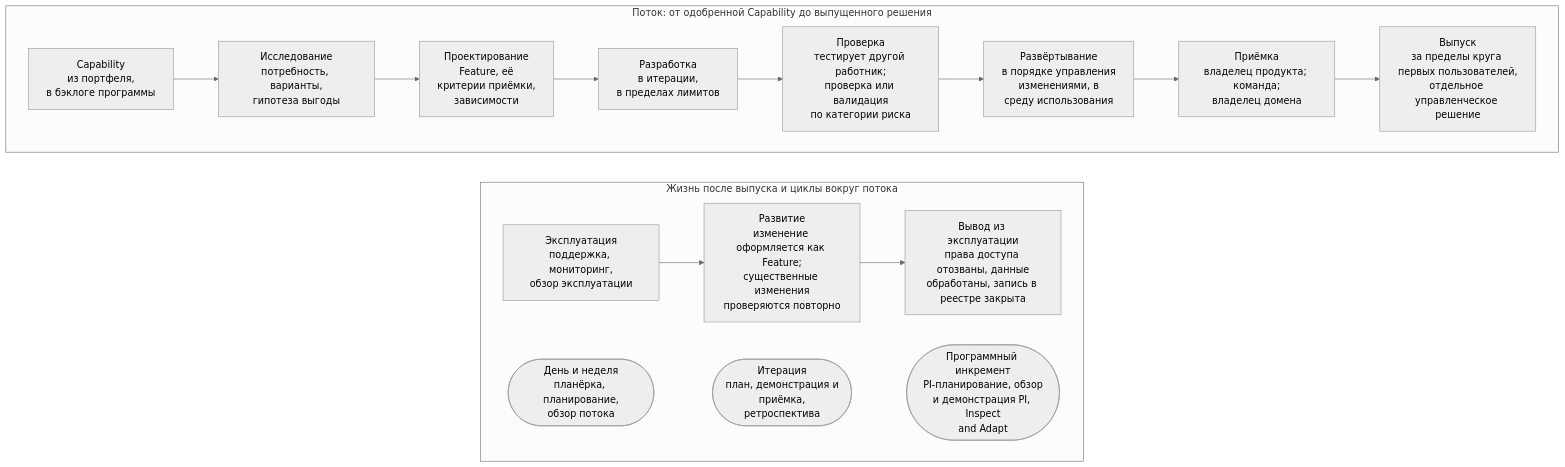
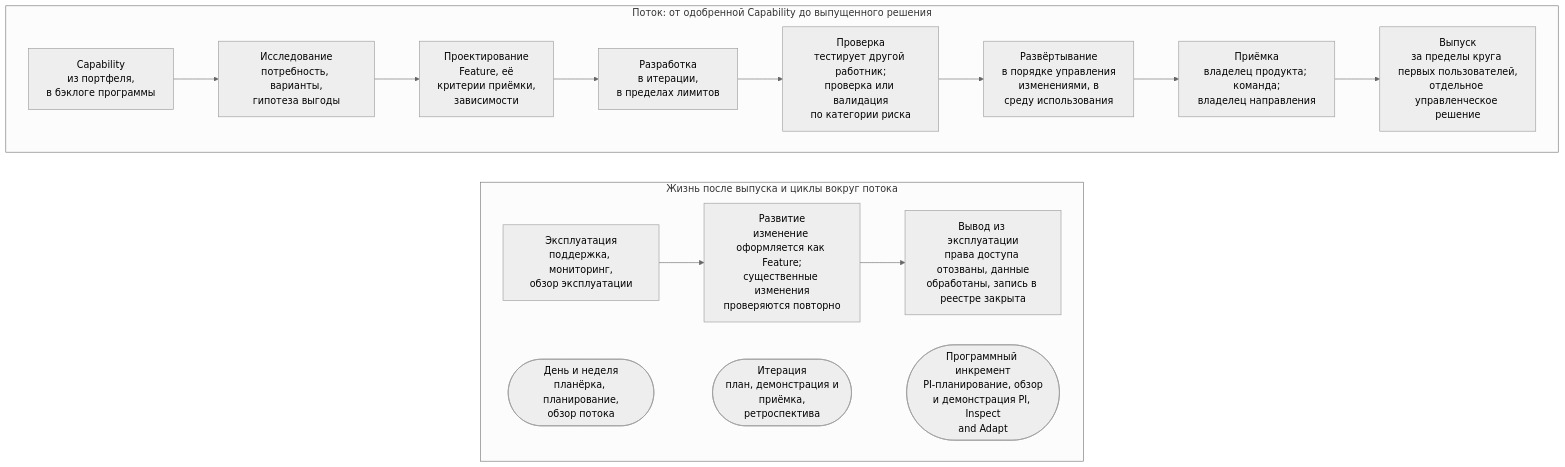
The diagram in portal/content/ru/delivery/overview.md (devhogu/ob-aicc), drawn with Mermaid (neutral theme) before and after one commit. The commit also changed 290 other files, not shown here.

First line of the commit message:
Russian edition: Domain is «направление» (владелец направления, эксперт направления); Strategic Priority 3 is «AI в работе направлений Банка»

````diff
--- a/portal/content/ru/delivery/overview.md
+++ b/portal/content/ru/delivery/overview.md
@@ -15,20 +15,20 @@
 ```mermaid
 flowchart TB
   subgraph ROW1["Поток: от одобренной Capability до выпущенного решения"]
     direction LR
     CAP["Capability<br/>из портфеля,<br/>в бэклоге программы"] --> EX["Исследование<br/>потребность, варианты,<br/>гипотеза выгоды"]
     EX --> DS["Проектирование<br/>Feature, её<br/>критерии приёмки,<br/>зависимости"]
     DS --> DV["Разработка<br/>в итерации,<br/>в пределах лимитов"]
     DV --> VF["Проверка<br/>тестирует другой работник;<br/>проверка или валидация<br/>по категории риска"]
     VF --> DP["Развёртывание<br/>в порядке управления<br/>изменениями, в<br/>среду использования"]
-    DP --> AC["Приёмка<br/>владелец продукта; команда;<br/>владелец домена"]
+    DP --> AC["Приёмка<br/>владелец продукта; команда;<br/>владелец направления"]
     AC --> RL["Выпуск<br/>за пределы круга первых пользователей,<br/>отдельное управленческое решение"]
   end
   subgraph ROW2["Жизнь после выпуска и циклы вокруг потока"]
     direction LR
     OP["Эксплуатация<br/>поддержка, мониторинг,<br/>обзор эксплуатации"] --> EV["Развитие<br/>изменение оформляется как Feature;<br/>существенные изменения<br/>проверяются повторно"]
     EV --> RT["Вывод из эксплуатации<br/>права доступа отозваны, данные<br/>обработаны, запись в реестре закрыта"]
     L1(["День и неделя<br/>планёрка, планирование,<br/>обзор потока"]) ~~~ L2(["Итерация<br/>план, демонстрация и<br/>приёмка,<br/>ретроспектива"]) ~~~ L3(["Программный инкремент<br/>PI-планирование, обзор<br/>и демонстрация PI, Inspect<br/>and Adapt"])
   end
   ROW1 ~~~ ROW2
 ```
````
